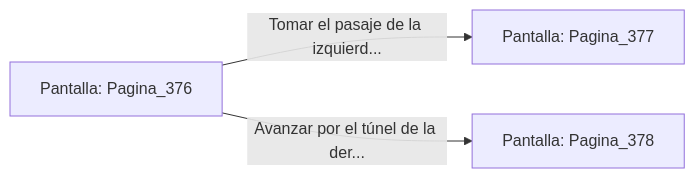
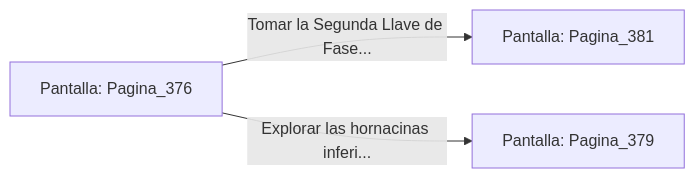
The diagram in sample/eligejuego-vault/Pantalla_Pagina_376.md (metsuke/mpl), drawn with Mermaid before and after one commit. The commit also changed other lines of this file and 635 other files, not shown here.

First line of the commit message:
fix: añadir Pagina_1 como pantalla inicial en capitulo_01.mpl

````diff
--- a/sample/eligejuego-vault/Pantalla_Pagina_376.md
+++ b/sample/eligejuego-vault/Pantalla_Pagina_376.md
@@ -20,6 +22,6 @@
 ```mermaid
 graph LR
     P_Pagina_376["Pantalla: Pagina_376"]
-    P_Pagina_376 -->|"Tomar el pasaje de la izquierd..."| P_Pagina_377["Pantalla: Pagina_377"]
-    P_Pagina_376 -->|"Avanzar por el túnel de la der..."| P_Pagina_378["Pantalla: Pagina_378"]
+    P_Pagina_376 -->|"Tomar la Segunda Llave de Fase..."| P_Pagina_381["Pantalla: Pagina_381"]
+    P_Pagina_376 -->|"Explorar las hornacinas inferi..."| P_Pagina_379["Pantalla: Pagina_379"]
 ```
````
